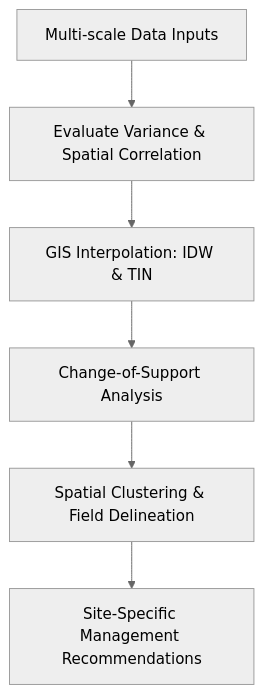
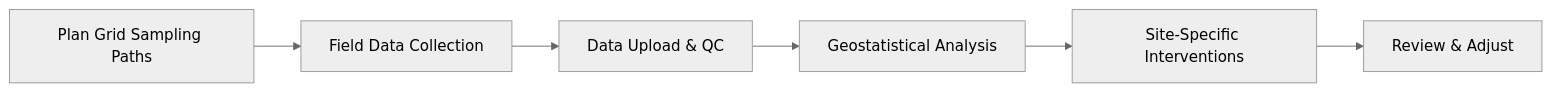
One commit to 00113844/AGRI4401_website changed the ninth of 9 diagrams in presentations/presentation.qmd. Above: the diagram before and after it, drawn with Mermaid (neutral theme). The commit also changed other lines of this file and 4 other files, not shown here.

````diff
--- a/presentations/presentation.qmd
+++ b/presentations/presentation.qmd
@@ -935,8 +779,8 @@
 ```{mermaid}
-graph TB
-  A[Multi-scale Data Inputs] --> B[Evaluate Variance & Spatial Correlation]
-  B --> C[GIS Interpolation: IDW & TIN]
-  C --> D[Change-of-Support Analysis]
-  D --> E[Spatial Clustering & Field Delineation]
-  E --> F[Site-Specific Management Recommendations]
+graph LR
+  A[Plan Grid Sampling Paths] --> B[Field Data Collection]
+  B --> C[Data Upload & QC]
+  C --> D[Geostatistical Analysis]
+  D --> E[Site-Specific Interventions]
+  E --> F[Review & Adjust]
 ```
````
